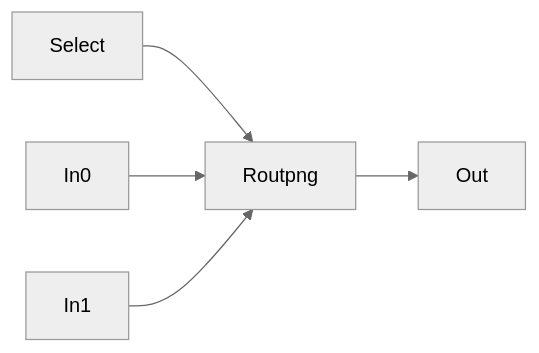
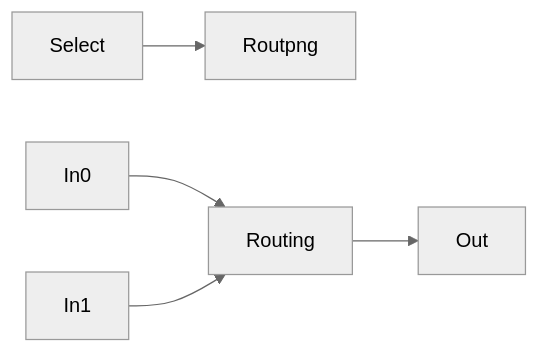
Before and after one commit to multigcs/riocore: the diagram in riocore/plugins/pinroute/README.md, drawn with Mermaid (neutral theme). The commit also changed 1 other file, not shown here.

````diff
--- a/riocore/plugins/pinroute/README.md
+++ b/riocore/plugins/pinroute/README.md
@@ -7,7 +7,7 @@
 ```mermaid
 graph LR;
     Select-->Routpng;
-    In0-->Routpng;
-    In1-->Routpng;
-    Routpng-->Out;
+    In0-->Routing;
+    In1-->Routing;
+    Routing-->Out;
 ```
````
